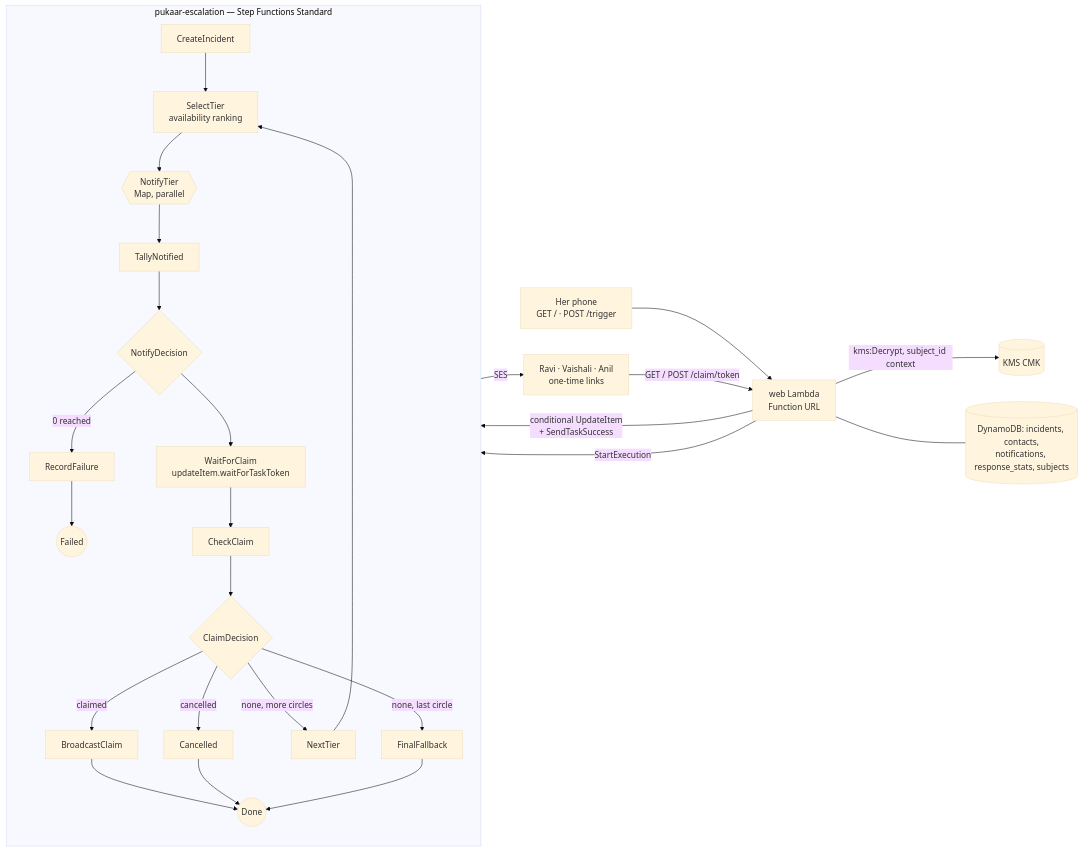
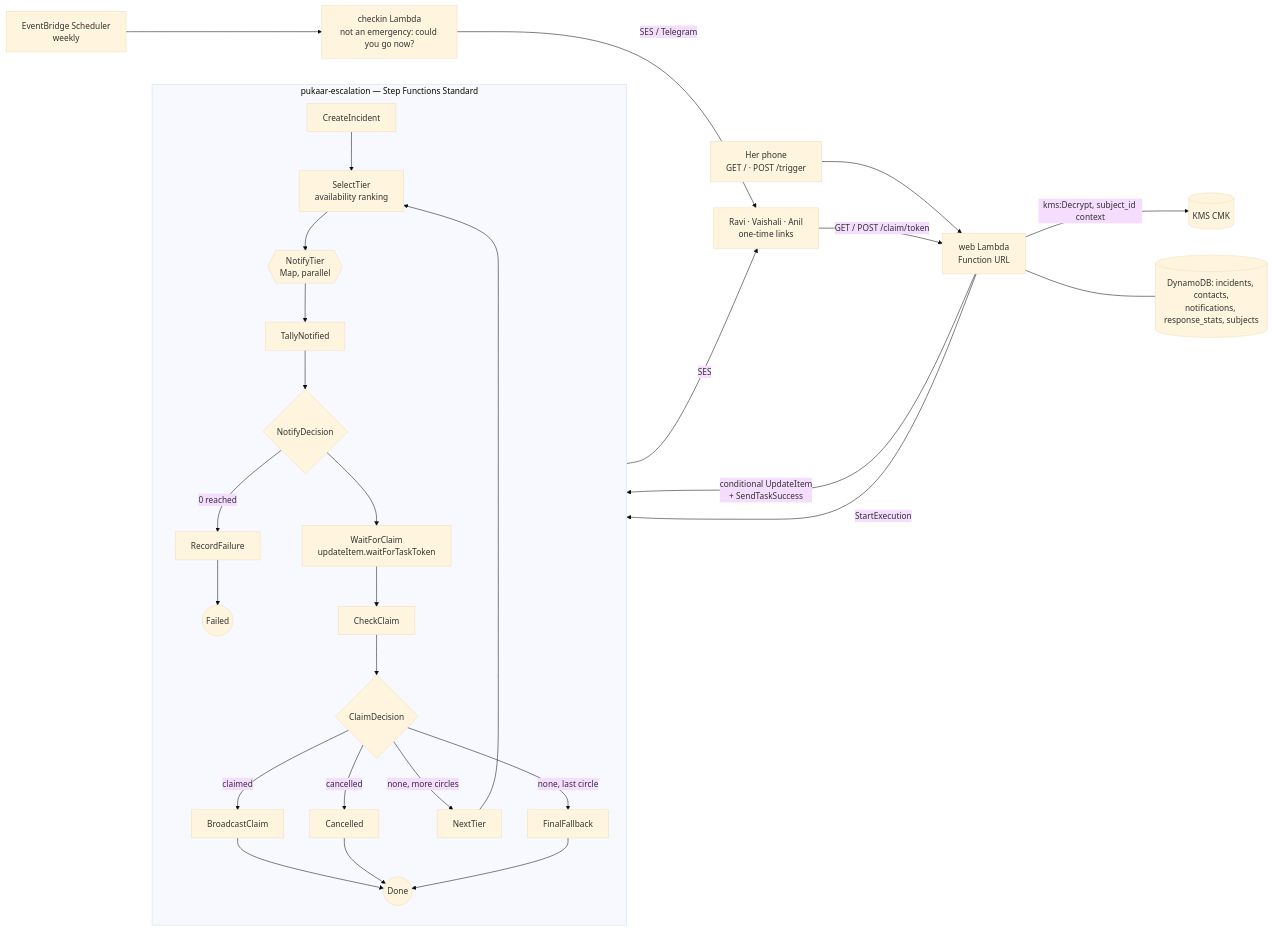
One commit to aryangorde6/pukaar changed the diagram in README.md. Above: the diagram before and after it, drawn with Mermaid (base theme). The commit also changed other lines of this file and 8 other files, not shown here.

````diff
--- a/README.md
+++ b/README.md
@@ -58,23 +59,24 @@
 ```mermaid
 flowchart LR
   P["Her phone<br/>GET /  ·  POST /trigger"] --> W[web Lambda<br/>Function URL]
   W -->|StartExecution| SM
   subgraph SM [pukaar-escalation — Step Functions Standard]
     direction TB
     C[CreateIncident] --> S[SelectTier<br/>availability ranking]
     S --> M{{NotifyTier<br/>Map, parallel}}
     M --> T[TallyNotified] --> D{NotifyDecision}
     D -->|0 reached| RF[RecordFailure] --> F((Failed))
     D --> WT[WaitForClaim<br/>updateItem.waitForTaskToken]
     WT --> CC[CheckClaim] --> CD{ClaimDecision}
     CD -->|claimed| B1[BroadcastClaim] --> DN((Done))
     CD -->|cancelled| B2[Cancelled] --> DN
     CD -->|none, more circles| NT[NextTier] --> S
     CD -->|none, last circle| B3[FinalFallback] --> DN
   end
   M -->|SES| R["Ravi · Vaishali · Anil<br/>one-time links"]
   R -->|GET / POST /claim/token| W
   W -->|conditional UpdateItem<br/>+ SendTaskSuccess| WT
+  SCH[EventBridge Scheduler<br/>weekly] --> CK[checkin Lambda<br/>not an emergency: could you go now?] -->|SES / Telegram| R
   W -->|kms:Decrypt, subject_id context| K[(KMS CMK)]
   W --- DDB[(DynamoDB: incidents, contacts,<br/>notifications, response_stats, subjects)]
 ```
````
